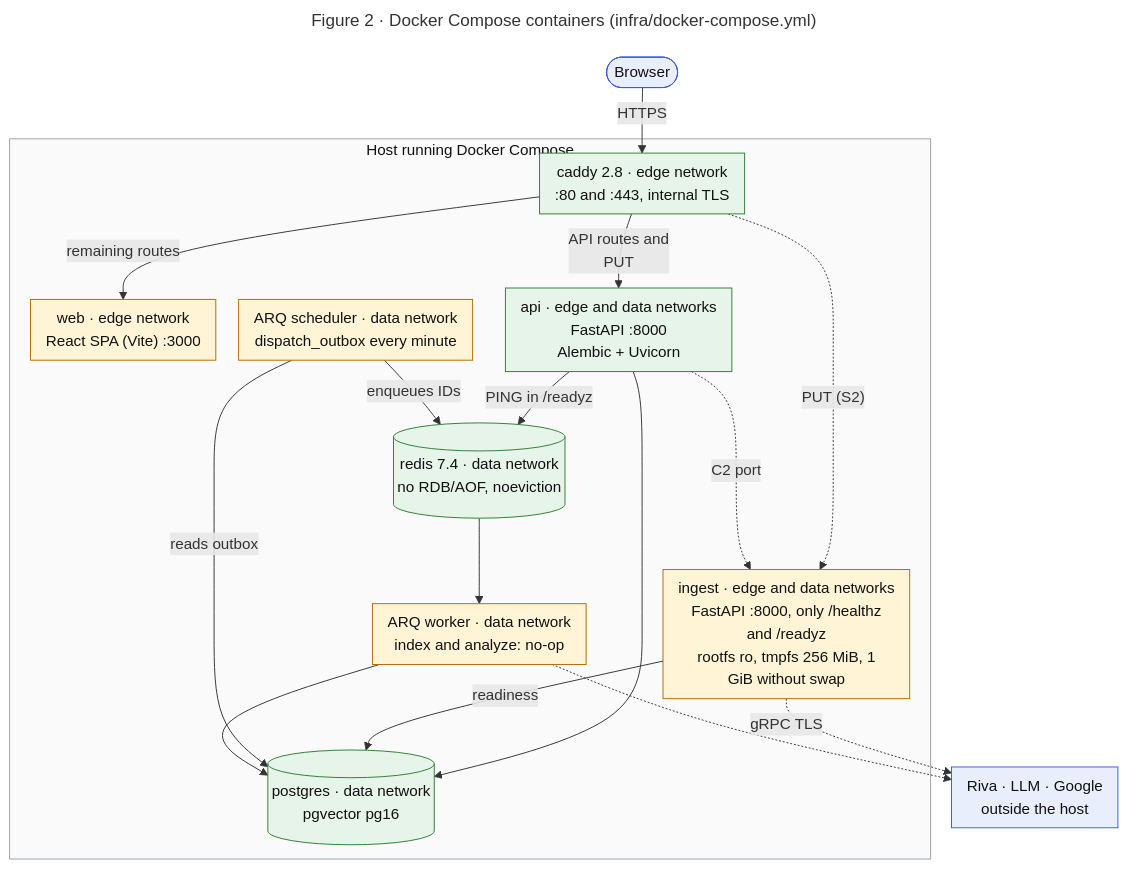
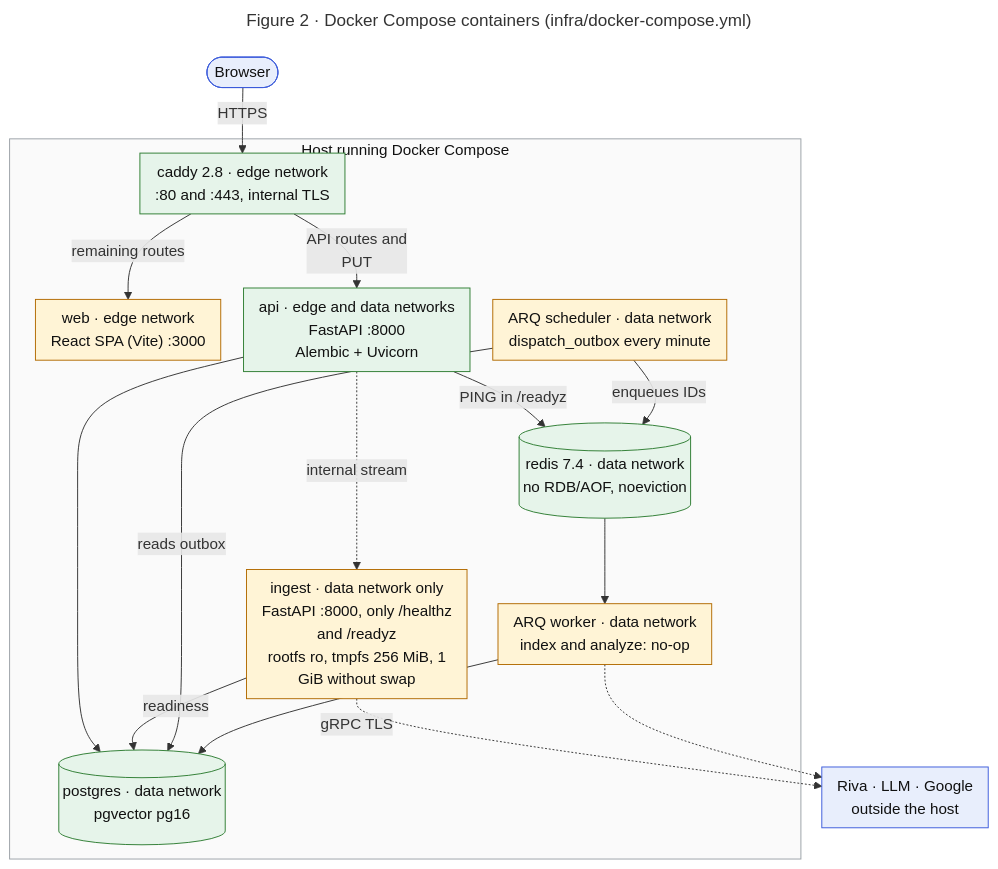
The second of 5 diagrams in docs/ARCH.md (Nigrumhodo/Maulwurf), drawn with Mermaid before and after one commit. The commit also changed other lines of this file and 15 other files, not shown here.

````diff
--- a/docs/ARCH.md
+++ b/docs/ARCH.md
@@ -81,44 +81,43 @@
 ```mermaid
 ---
 title: "Figure 2 · Docker Compose containers (infra/docker-compose.yml)"
 config:
   flowchart:
     wrappingWidth: 330
     nodeSpacing: 24
     rankSpacing: 30
     padding: 8
 ---
 flowchart TB
     B(["Browser"]):::ext
     subgraph HOST["Host running Docker Compose"]
         CD["caddy 2.8 · edge network<br/>:80 and :443, internal TLS"]:::impl
         WEB["web · edge network<br/>React SPA (Vite) :3000"]:::parcial
         API["api · edge and data networks<br/>FastAPI :8000<br/>Alembic + Uvicorn"]:::impl
-        ING["ingest · edge and data networks<br/>FastAPI :8000, only /healthz<br/>and /readyz<br/>rootfs ro, tmpfs 256 MiB, 1<br/>GiB without swap"]:::parcial
+        ING["ingest · data network only<br/>FastAPI :8000, only /healthz<br/>and /readyz<br/>rootfs ro, tmpfs 256 MiB, 1<br/>GiB without swap"]:::parcial
         PG[("postgres · data network<br/>pgvector pg16")]:::impl
         RD[("redis 7.4 · data network<br/>no RDB/AOF, noeviction")]:::impl
         SC["ARQ scheduler · data network<br/>dispatch_outbox every minute"]:::parcial
         WK["ARQ worker · data network<br/>index and analyze: no-op"]:::parcial
     end
     EXT["Riva · LLM · Google<br/>outside the host"]:::ext
 
     B -->|"HTTPS"| CD
     CD -->|"remaining routes"| WEB
     CD -->|"API routes and<br/>PUT"| API
-    CD -.->|"PUT (S2)"| ING
-    API -.->|"C2 port"| ING
+    API -.->|"internal stream"| ING
     API --> PG
     API -->|"PING in /readyz"| RD
     ING -->|"readiness"| PG
     SC -->|"reads outbox"| PG
     SC -->|"enqueues IDs"| RD
     RD --> WK
     WK --> PG
     ING -.->|"gRPC TLS"| EXT
     WK -.-> EXT
 
     classDef impl fill:#e6f4ea,stroke:#2e7d32,color:#111
     classDef parcial fill:#fff4d6,stroke:#b26a00,color:#111
     classDef ext fill:#e8eefc,stroke:#3b5bdb,color:#111
     style HOST fill:#fafafa,stroke:#9aa0a6,color:#111
 ```
````
